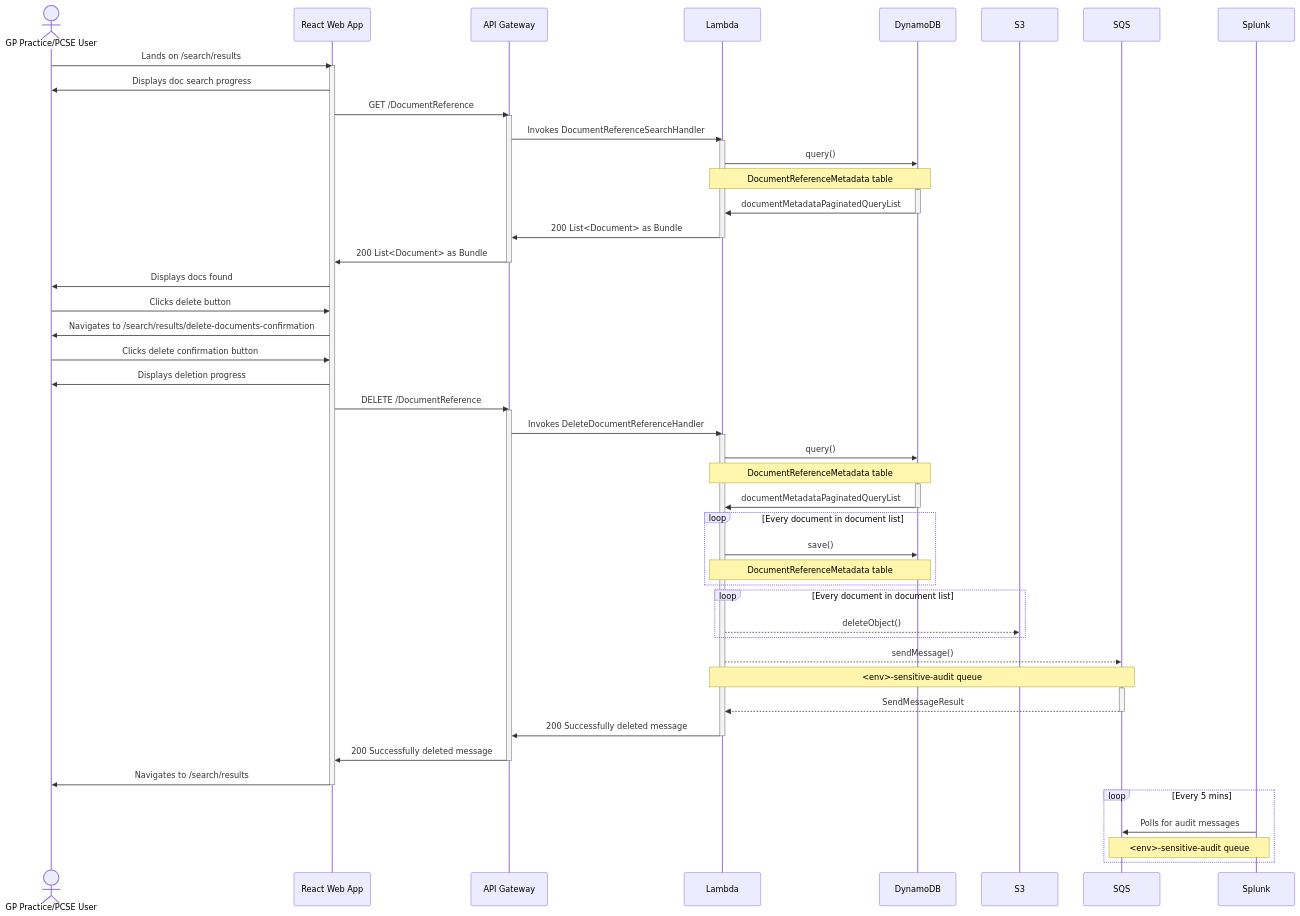
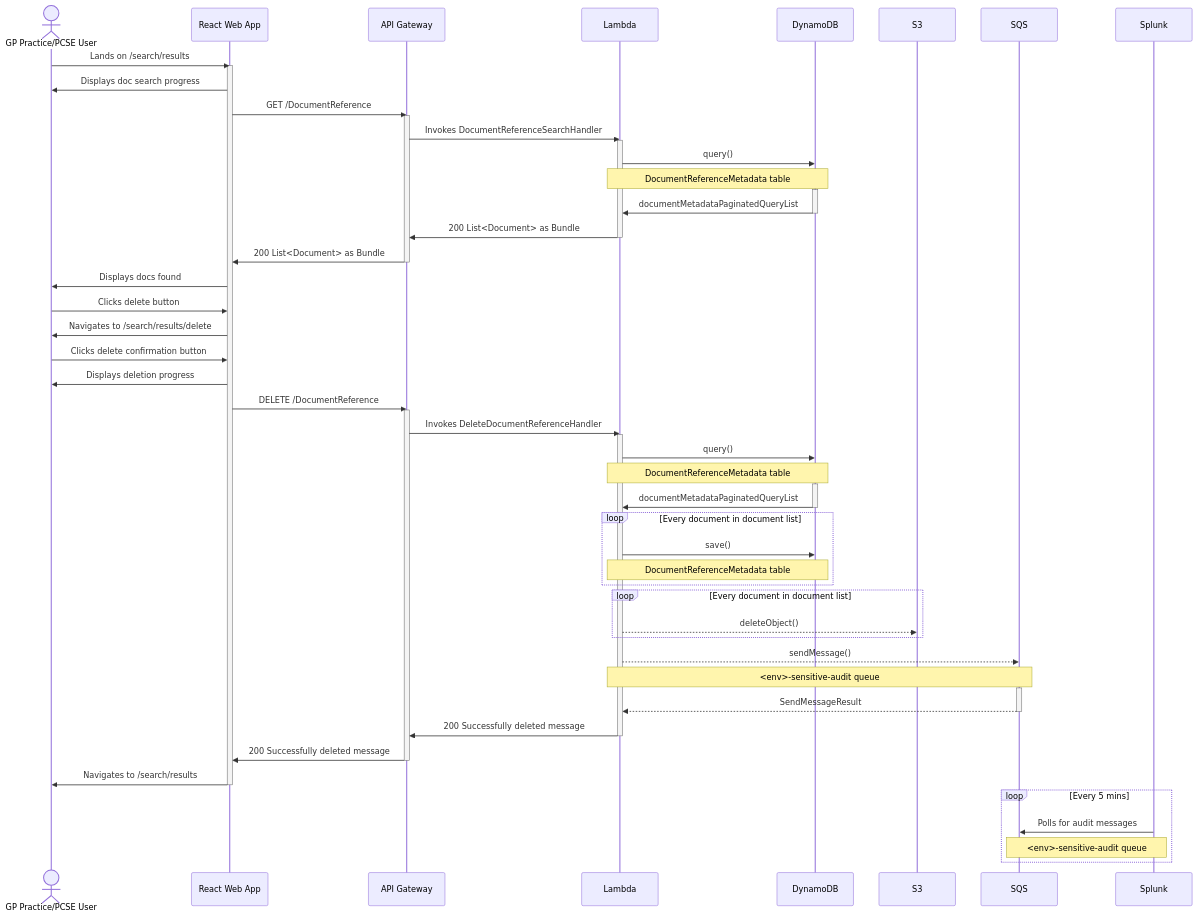
Before and after one commit to nhsconnect/document-store-prototype: the diagram in docs/diagrams/sequence/delete-docs.md, drawn with Mermaid. The commit also changed 11 other files, not shown here.

````diff
--- a/docs/diagrams/sequence/delete-docs.md
+++ b/docs/diagrams/sequence/delete-docs.md
@@ -11,56 +11,56 @@
 ```mermaid
 sequenceDiagram
     actor GP Practice/PCSE User
     GP Practice/PCSE User ->> React Web App: Lands on /search/results
     activate React Web App
     React Web App ->> GP Practice/PCSE User: Displays doc search progress
     React Web App ->> API Gateway: GET /DocumentReference
     activate API Gateway
     API Gateway ->> Lambda: Invokes DocumentReferenceSearchHandler
     activate Lambda
     Lambda ->> DynamoDB: query()
     Note over Lambda, DynamoDB: DocumentReferenceMetadata table
     activate DynamoDB
     DynamoDB ->> Lambda: documentMetadataPaginatedQueryList
     deactivate DynamoDB
     Lambda ->> API Gateway: 200 List<Document> as Bundle
     deactivate Lambda
     API Gateway ->> React Web App: 200 List<Document> as Bundle
     deactivate API Gateway
     React Web App ->> GP Practice/PCSE User: Displays docs found
     GP Practice/PCSE User ->> React Web App: Clicks delete button
-    React Web App ->> GP Practice/PCSE User: Navigates to /search/results/delete-documents-confirmation
+    React Web App ->> GP Practice/PCSE User: Navigates to /search/results/delete
     GP Practice/PCSE User ->> React Web App: Clicks delete confirmation button
     React Web App ->> GP Practice/PCSE User: Displays deletion progress
     React Web App ->> API Gateway: DELETE /DocumentReference
     activate API Gateway
     API Gateway ->> Lambda: Invokes DeleteDocumentReferenceHandler
     activate Lambda
     Lambda ->> DynamoDB: query()
     Note over Lambda, DynamoDB: DocumentReferenceMetadata table
     activate DynamoDB
     DynamoDB ->> Lambda: documentMetadataPaginatedQueryList
     deactivate DynamoDB
     loop Every document in document list
         Lambda ->> DynamoDB: save()
         Note over Lambda, DynamoDB: DocumentReferenceMetadata table
     end
     loop Every document in document list
         Lambda -->> S3: deleteObject()
     end
     Lambda -->> SQS: sendMessage()
     Note over Lambda, SQS: <env>-sensitive-audit queue
     activate SQS
     SQS -->> Lambda: SendMessageResult
     deactivate SQS
     Lambda ->> API Gateway: 200 Successfully deleted message
     deactivate Lambda
     API Gateway ->> React Web App: 200 Successfully deleted message
     deactivate API Gateway
     React Web App ->> GP Practice/PCSE User: Navigates to /search/results
     deactivate React Web App
     loop Every 5 mins
         Splunk ->> SQS: Polls for audit messages
         Note over Splunk, SQS: <env>-sensitive-audit queue
     end
 ```
````
